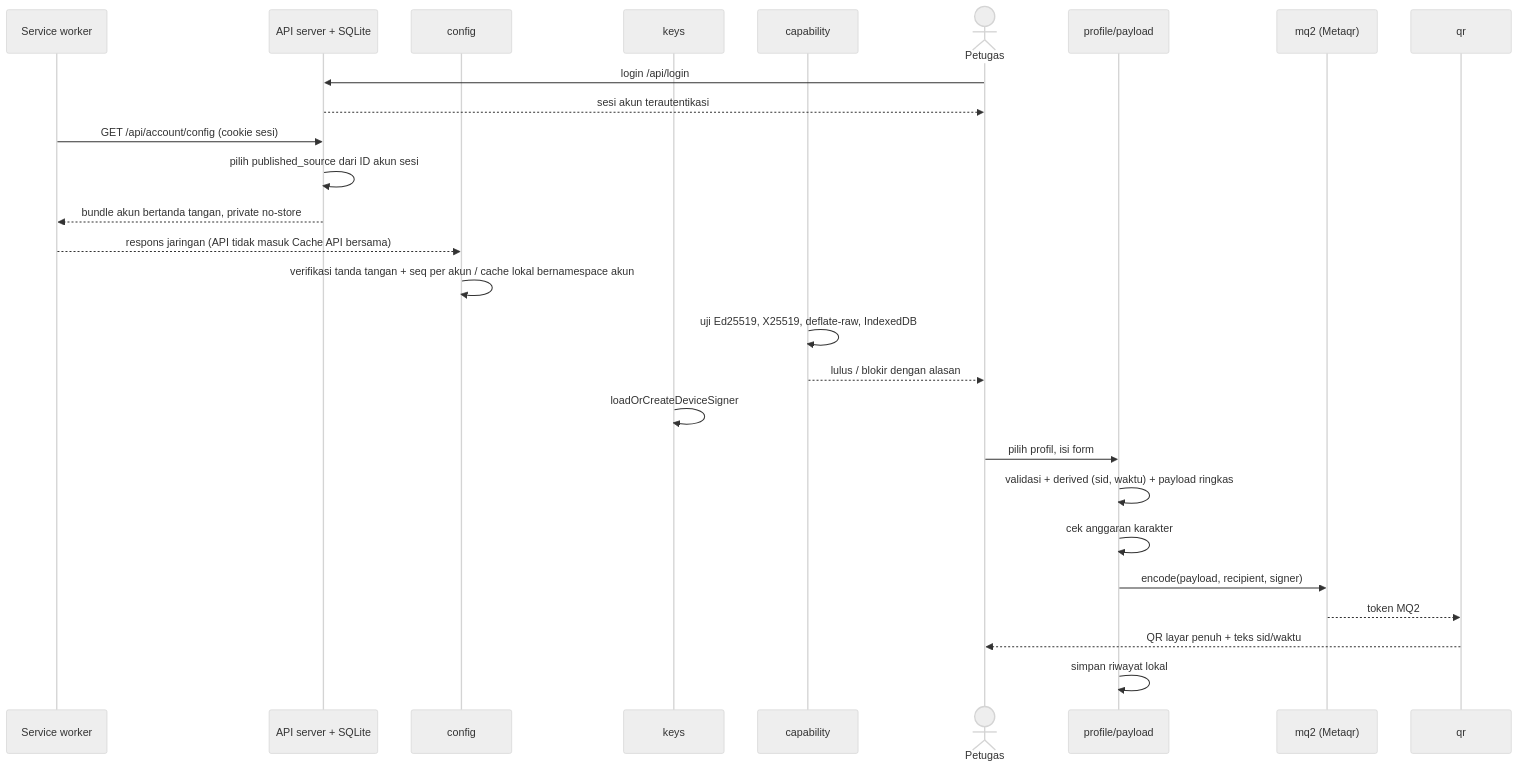
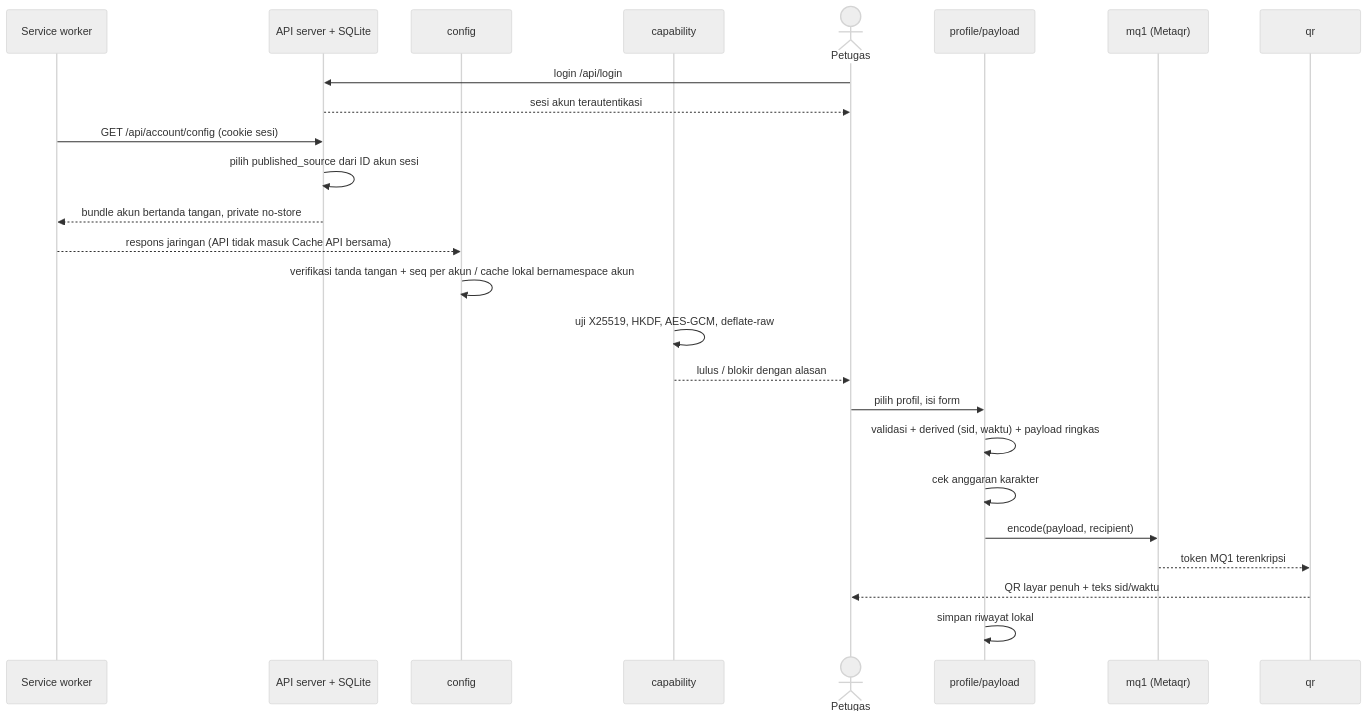
The diagram in ARCHITECTURE.md (progstay17/AITQR), drawn with Mermaid (neutral theme) before and after one commit. The commit also changed other lines of this file and 26 other files, not shown here.

````diff
--- a/ARCHITECTURE.md
+++ b/ARCHITECTURE.md
@@ -86,29 +83,27 @@
 ```mermaid
 sequenceDiagram
   participant SW as Service worker
   participant W as API server + SQLite
   participant C as config
-  participant K as keys
-  participant CAP as capability
+    participant CAP as capability
   actor Op as Petugas
   participant P as profile/payload
-  participant M as mq2 (Metaqr)
+  participant M as mq1 (Metaqr)
   participant Q as qr
   Op->>W: login /api/login
   W-->>Op: sesi akun terautentikasi
   SW->>W: GET /api/account/config (cookie sesi)
   W->>W: pilih published_source dari ID akun sesi
   W-->>SW: bundle akun bertanda tangan, private no-store
   SW-->>C: respons jaringan (API tidak masuk Cache API bersama)
   C->>C: verifikasi tanda tangan + seq per akun / cache lokal bernamespace akun
-  CAP->>CAP: uji Ed25519, X25519, deflate-raw, IndexedDB
+  CAP->>CAP: uji X25519, HKDF, AES-GCM, deflate-raw
   CAP-->>Op: lulus / blokir dengan alasan
-  K->>K: loadOrCreateDeviceSigner
   Op->>P: pilih profil, isi form
   P->>P: validasi + derived (sid, waktu) + payload ringkas
   P->>P: cek anggaran karakter
-  P->>M: encode(payload, recipient, signer)
-  M-->>Q: token MQ2
+  P->>M: encode(payload, recipient)
+  M-->>Q: token MQ1 terenkripsi
   Q-->>Op: QR layar penuh + teks sid/waktu
   P->>P: simpan riwayat lokal
 ```
````
